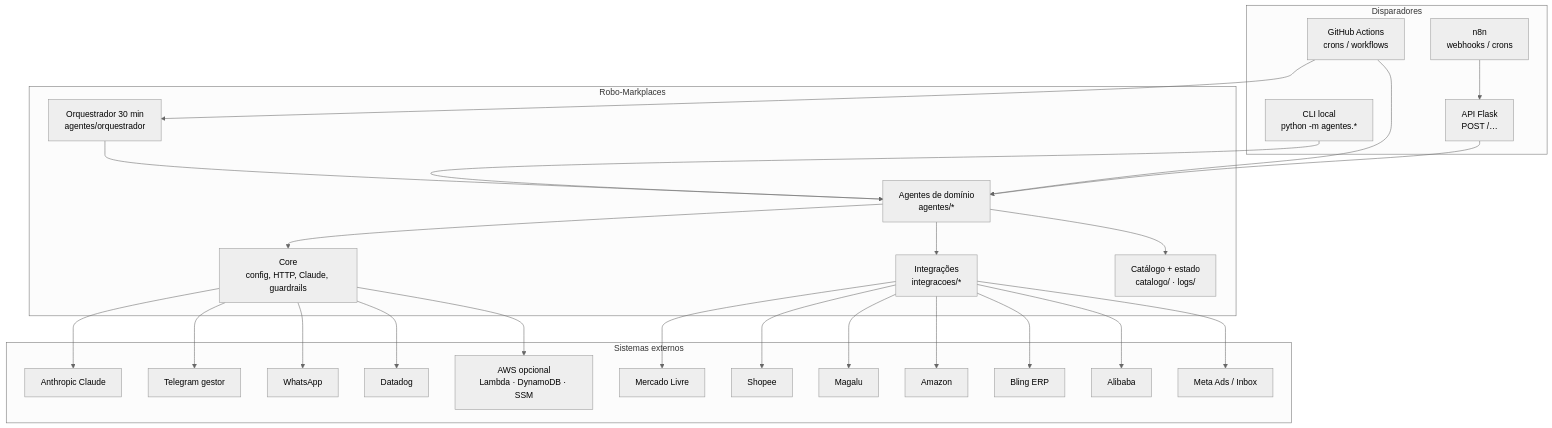
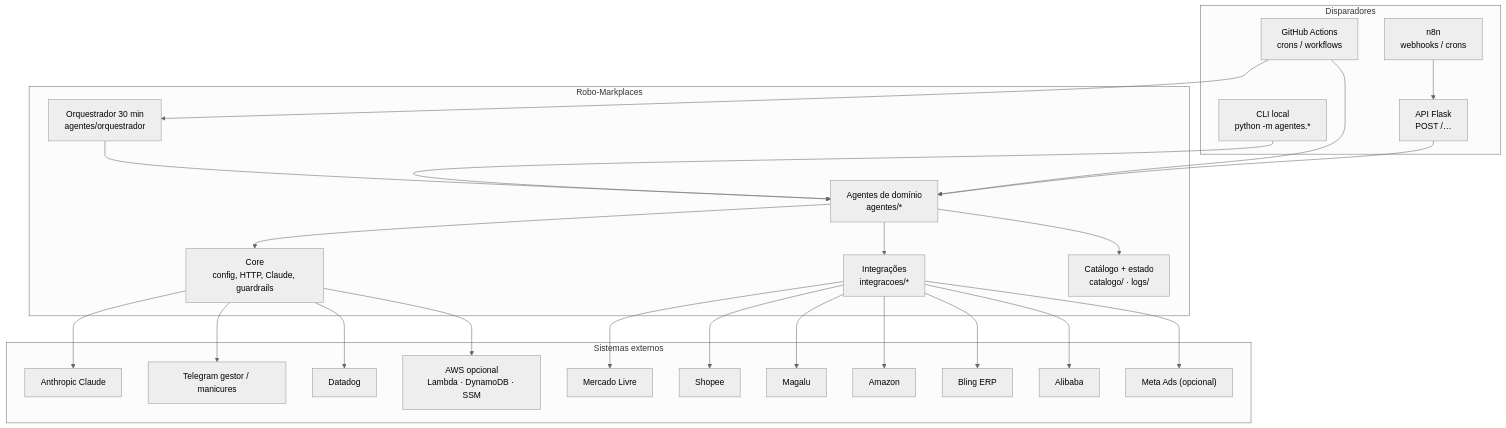
The first of 10 diagrams in docs/ARQUITETURA.md (joaolago38/Robo-Markplaces), drawn with Mermaid (neutral theme) before and after one commit. The commit also changed other lines of this file and 55 other files, not shown here.

````diff
--- a/docs/ARQUITETURA.md
+++ b/docs/ARQUITETURA.md
@@ -13,45 +13,44 @@
 ```mermaid
 flowchart TB
   subgraph triggers [Disparadores]
     GHA["GitHub Actions<br/>crons / workflows"]
     N8N["n8n<br/>webhooks / crons"]
     CLI["CLI local<br/>python -m agentes.*"]
     API_HTTP["API Flask<br/>POST /…"]
   end
 
   subgraph app [Robo-Markplaces]
     ORQ["Orquestrador 30 min<br/>agentes/orquestrador"]
     AG["Agentes de domínio<br/>agentes/*"]
     CORE["Core<br/>config, HTTP, Claude, guardrails"]
     INT["Integrações<br/>integracoes/*"]
     CAT["Catálogo + estado<br/>catalogo/ · logs/"]
   end
 
   subgraph externos [Sistemas externos]
     ML["Mercado Livre"]
     SH["Shopee"]
     MG["Magalu"]
     AM["Amazon"]
     BL["Bling ERP"]
     ALI["Alibaba"]
-    META["Meta Ads / Inbox"]
+    META["Meta Ads (opcional)"]
     CLAUDE["Anthropic Claude"]
-    TG["Telegram gestor"]
-    WA["WhatsApp"]
+    TG["Telegram gestor / manicures"]
     DD["Datadog"]
     AWS["AWS opcional<br/>Lambda · DynamoDB · SSM"]
   end
 
   GHA --> ORQ
   GHA --> AG
   N8N --> API_HTTP
   CLI --> AG
   API_HTTP --> AG
   ORQ --> AG
   AG --> CORE
   AG --> INT
   AG --> CAT
   INT --> ML & SH & MG & AM & BL & ALI & META
-  CORE --> CLAUDE & TG & WA & DD
+  CORE --> CLAUDE & TG & DD
   CORE --> AWS
 ```
````
